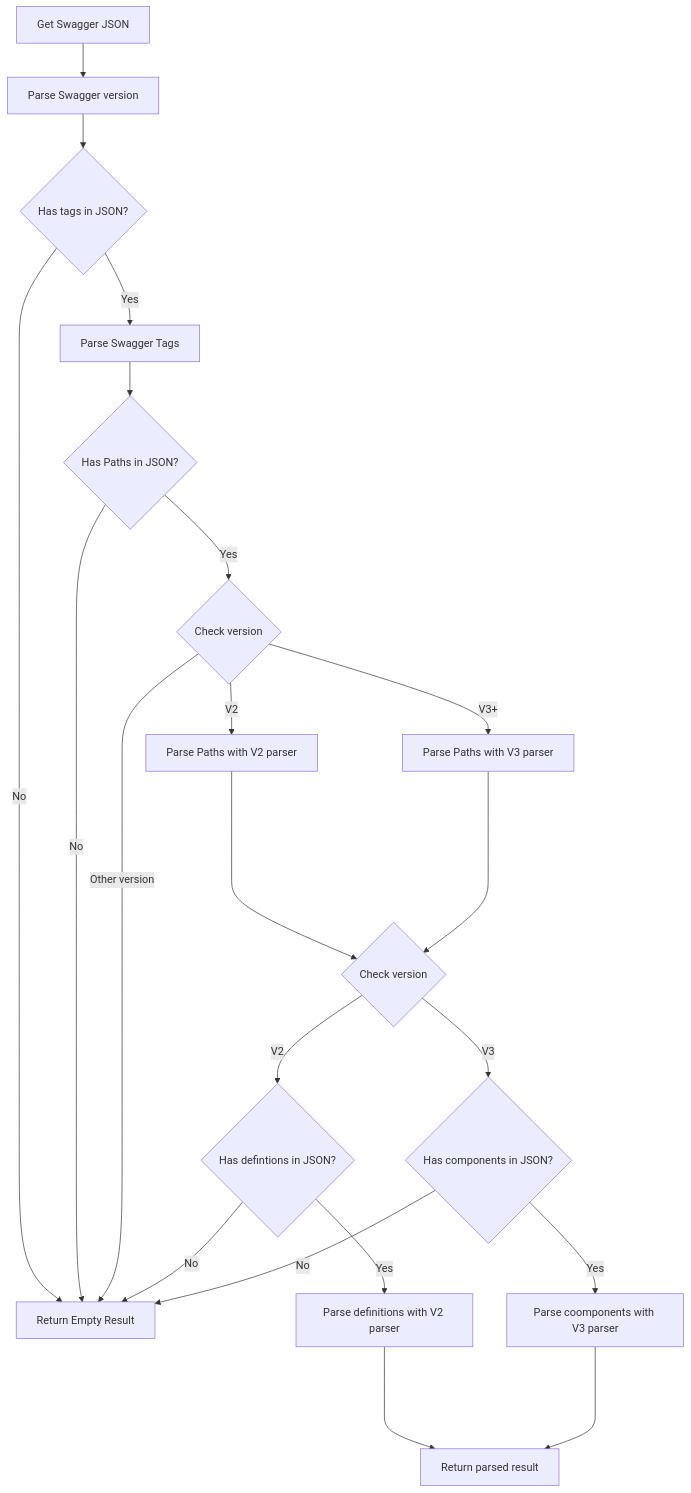
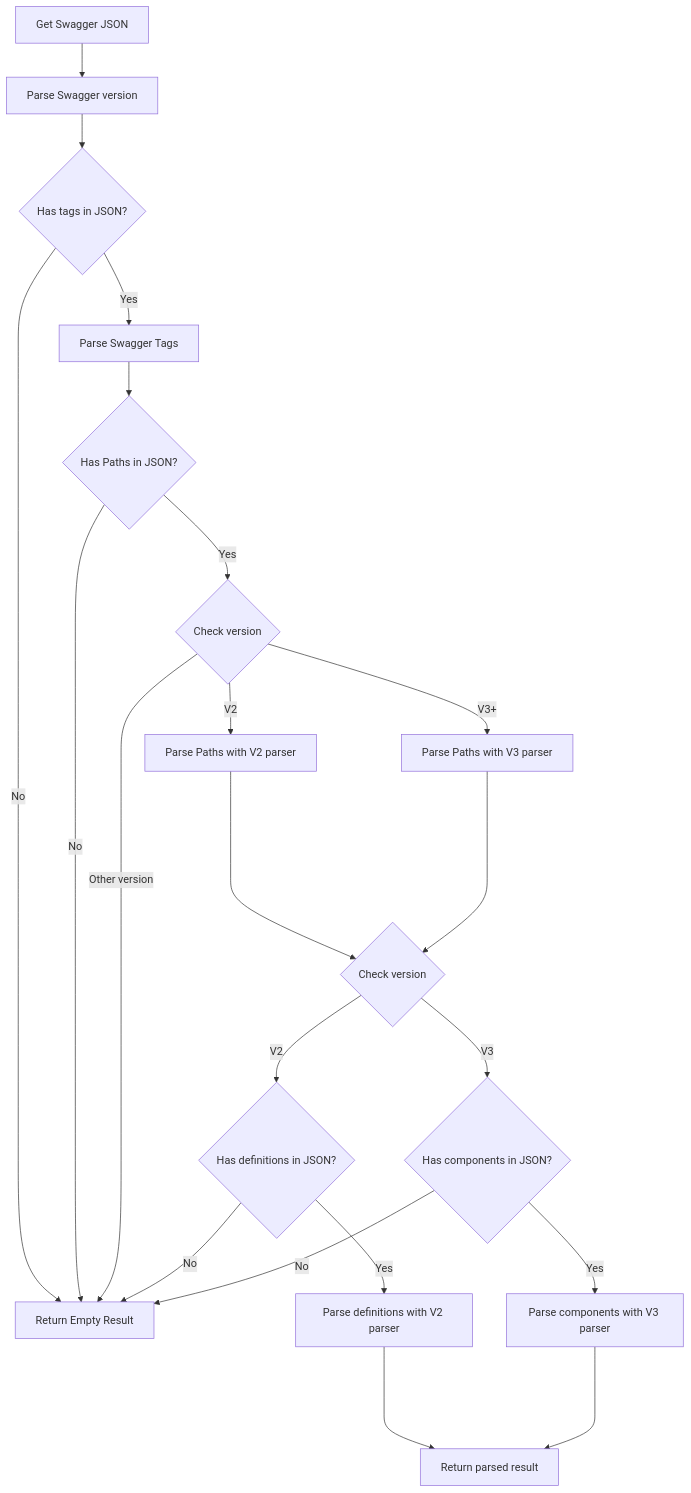
Before and after one commit to Onix-Systems/onix-flutter-project-generator: the first of 6 diagrams in docs/flows/docs/SWAGGER_GEN.md, drawn with Mermaid. The commit also changed other lines of this file and 3 other files, not shown here.

````diff
--- a/docs/flows/docs/SWAGGER_GEN.md
+++ b/docs/flows/docs/SWAGGER_GEN.md
@@ -28,23 +28,23 @@
 ```mermaid
 flowchart TD
 A[Get Swagger JSON] --> B[Parse Swagger version];
 B --> C{Has tags in JSON?}
 C -->|Yes| D[Parse Swagger Tags]
 C -->|No| ERR[Return Empty Result]
 D --> E{Has Paths in JSON?}
 E -->|Yes| F{Check version}
 E -->|No| ERR[Return Empty Result]
 F -->|V2| G[Parse Paths with V2 parser]
 F -->|V3+| H[Parse Paths with V3 parser]
 F -->|Other version| ERR
 G ----> J{Check version}
 H ----> J
-J -->|V2| K{Has defintions in JSON?}
+J -->|V2| K{Has definitions in JSON?}
 J -->|V3| L{Has components in JSON?}
 K -->|Yes| M[Parse definitions with V2 parser]
 K -->|No| ERR
-L -->|Yes| N[Parse coomponents with V3 parser]
+L -->|Yes| N[Parse components with V3 parser]
 L -->|No| ERR
 M ----> O[Return parsed result]
 N ----> O[Return parsed result]
 ```
````
